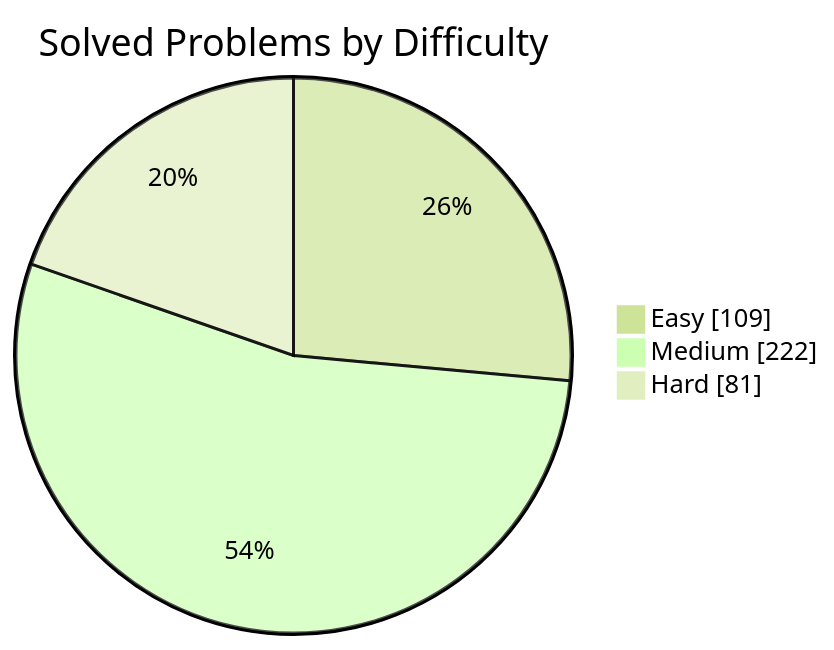
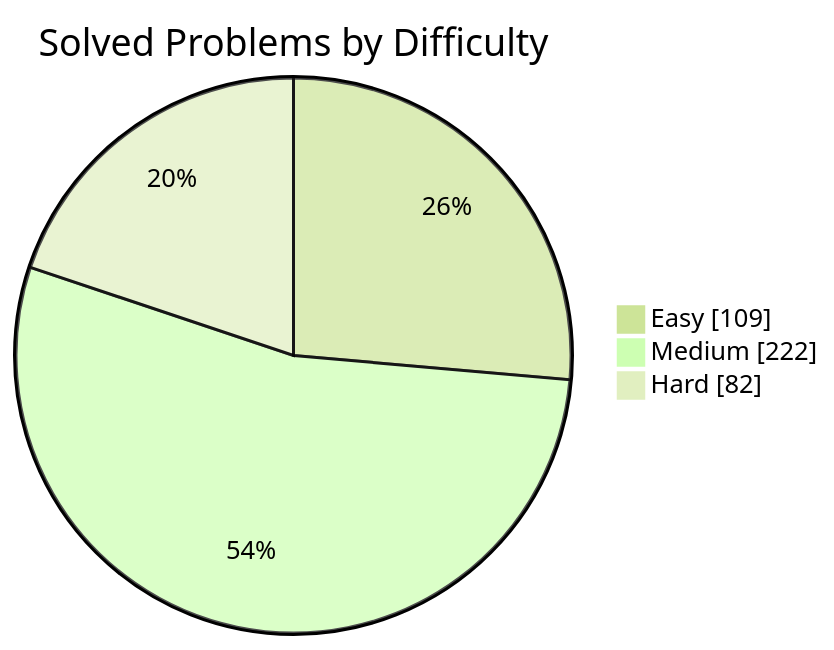
Before and after one commit to manikantbindass/DSA-Preparation-FAANG: the first of 2 diagrams in README.md, drawn with Mermaid (forest theme). The commit also changed other lines of this file and 1 other file, not shown here.

````diff
--- a/README.md
+++ b/README.md
@@ -77,7 +77,7 @@
 ```mermaid
 pie showData
     title Solved Problems by Difficulty
     "Easy" : 109
     "Medium" : 222
-    "Hard" : 81
+    "Hard" : 82
 ```
````
